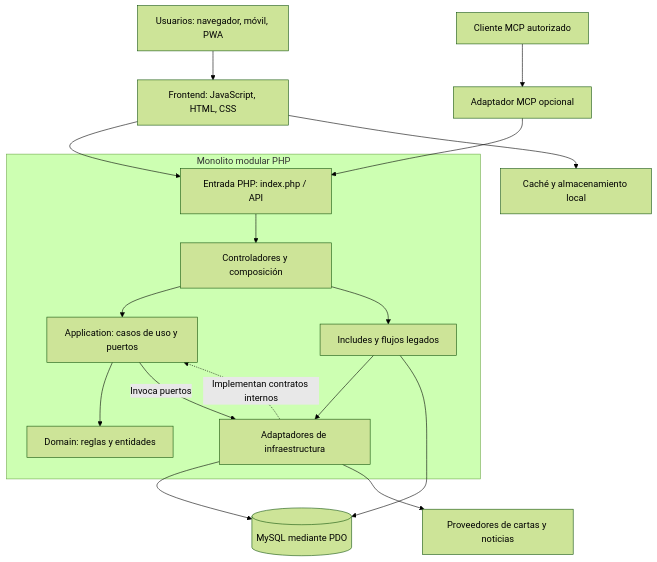
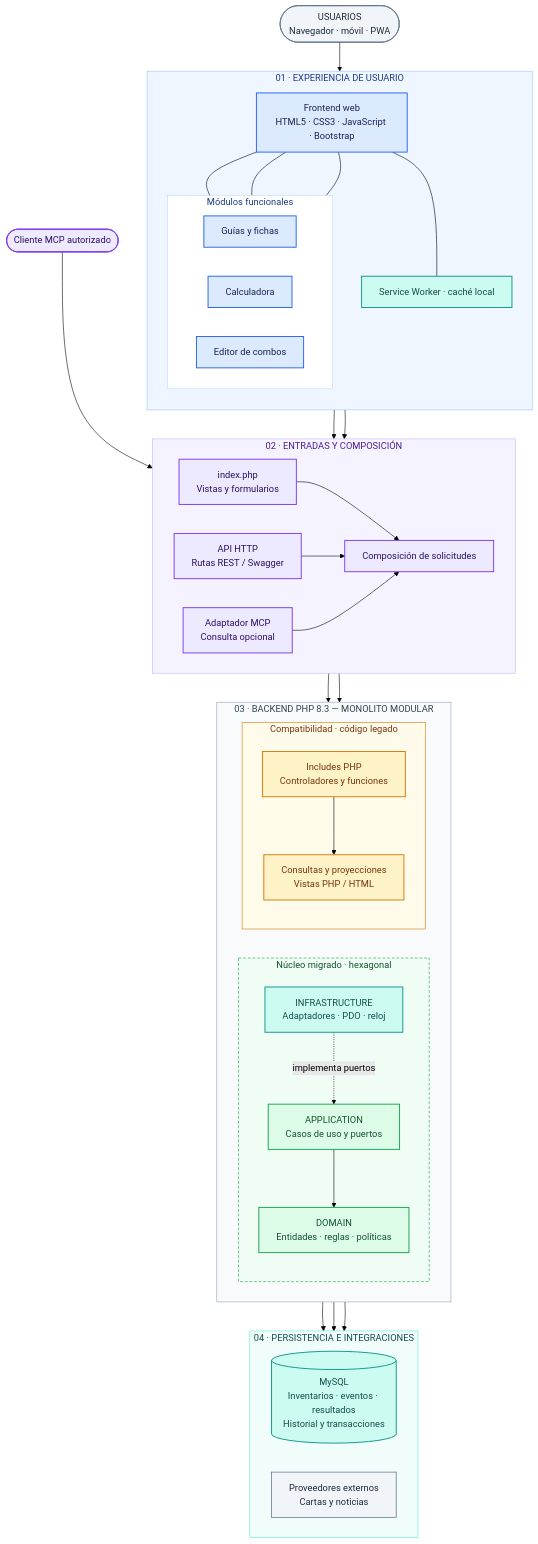
Before and after one commit to senior23enginer-coder/platform-yugioh-md: the first of 8 diagrams in README.md, drawn with Mermaid (forest theme). The commit also changed other lines of this file, not shown here.

Commit message:
docs: enrich architecture diagrams with visual layers and semantic colors

````diff
--- a/README.md
+++ b/README.md
@@ -334,20 +334,68 @@
 ```mermaid
-flowchart TD
-    U["Usuarios: navegador, móvil, PWA"] --> F["Frontend: JavaScript, HTML, CSS"]
-    F --> H["Entrada PHP: index.php / API"]
-    MCP["Cliente MCP autorizado"] --> M["Adaptador MCP opcional"]
-    M --> H
-    subgraph APP["Monolito modular PHP"]
-        H --> C["Controladores y composición"]
-        C --> A["Application: casos de uso y puertos"]
-        A --> D["Domain: reglas y entidades"]
-        C --> L["Includes y flujos legados"]
-        A -->|"Invoca puertos"| P["Adaptadores de infraestructura"]
-        P -.->|"Implementan contratos internos"| A
-        L --> P
+flowchart TB
+    U(["USUARIOS<br/>Navegador · móvil · PWA"]):::gray
+    AI(["Cliente MCP autorizado"]):::violet
+    subgraph WEB["01 · EXPERIENCIA DE USUARIO"]
+        direction TB
+        F["Frontend web<br/>HTML5 · CSS3 · JavaScript · Bootstrap"]:::blue
+        subgraph FEATURES["Módulos funcionales"]
+            direction LR
+            GUI["Guías y fichas"]:::blue
+            CALC["Calculadora"]:::blue
+            COMBO["Editor de combos"]:::blue
+        end
+        F --- GUI & CALC & COMBO
+        OFF["Service Worker · caché local"]:::teal
+        F --- OFF
     end
-    P --> DB[("MySQL mediante PDO")]
-    L --> DB
-    P --> EXT["Proveedores de cartas y noticias"]
-    F --> OFF["Caché y almacenamiento local"]
+    subgraph HTTP["02 · ENTRADAS Y COMPOSICIÓN"]
+        direction LR
+        H["index.php<br/>Vistas y formularios"]:::violet
+        API["API HTTP<br/>Rutas REST / Swagger"]:::violet
+        M["Adaptador MCP<br/>Consulta opcional"]:::violet
+        C["Composición de solicitudes"]:::violet
+        H & API & M --> C
+    end
+    subgraph BACK["03 · BACKEND PHP 8.3 — MONOLITO MODULAR"]
+        direction LR
+        subgraph HEX["Núcleo migrado · hexagonal"]
+            direction TB
+            A["APPLICATION<br/>Casos de uso y puertos"]:::green
+            D["DOMAIN<br/>Entidades · reglas · políticas"]:::green
+            P["INFRASTRUCTURE<br/>Adaptadores · PDO · reloj"]:::teal
+            A --> D
+            P -.->|"implementa puertos"| A
+        end
+        subgraph LEG["Compatibilidad · código legado"]
+            direction TB
+            L["Includes PHP<br/>Controladores y funciones"]:::amber
+            Q["Consultas y proyecciones<br/>Vistas PHP / HTML"]:::amber
+            L --> Q
+        end
+    end
+    subgraph DATA["04 · PERSISTENCIA E INTEGRACIONES"]
+        direction LR
+        DB[("MySQL<br/>Inventarios · eventos · resultados<br/>Historial y transacciones")]:::teal
+        EXT["Proveedores externos<br/>Cartas y noticias"]:::gray
+    end
+    U --> F
+    F --> H & API
+    AI --> M
+    C --> A & L
+    P & Q --> DB
+    P --> EXT
+    style WEB fill:#EFF6FF,stroke:#93C5FD,color:#1E3A8A
+    style HTTP fill:#F5F3FF,stroke:#C4B5FD,color:#4C1D95
+    style BACK fill:#F8FAFC,stroke:#94A3B8,color:#334155
+    style HEX fill:#F0FDF4,stroke:#16A34A,stroke-dasharray:5 3,color:#14532D
+    style LEG fill:#FFFBEB,stroke:#D97706,color:#78350F
+    style DATA fill:#F0FDFA,stroke:#5EEAD4,color:#134E4A
+    style FEATURES fill:#FFFFFF,stroke:#BFDBFE,color:#1E3A8A
+    classDef blue fill:#DBEAFE,stroke:#2563EB,color:#172554,stroke-width:1.6px
+    classDef violet fill:#EDE9FE,stroke:#7C3AED,color:#2E1065,stroke-width:1.6px
+    classDef green fill:#DCFCE7,stroke:#16A34A,color:#14532D,stroke-width:1.6px
+    classDef amber fill:#FEF3C7,stroke:#D97706,color:#78350F,stroke-width:1.6px
+    classDef teal fill:#CCFBF1,stroke:#0D9488,color:#134E4A,stroke-width:1.6px
+    classDef gray fill:#F1F5F9,stroke:#64748B,color:#1E293B,stroke-width:1.3px
+    classDef red fill:#FEE2E2,stroke:#DC2626,color:#7F1D1D,stroke-width:1.6px
 ```
````
